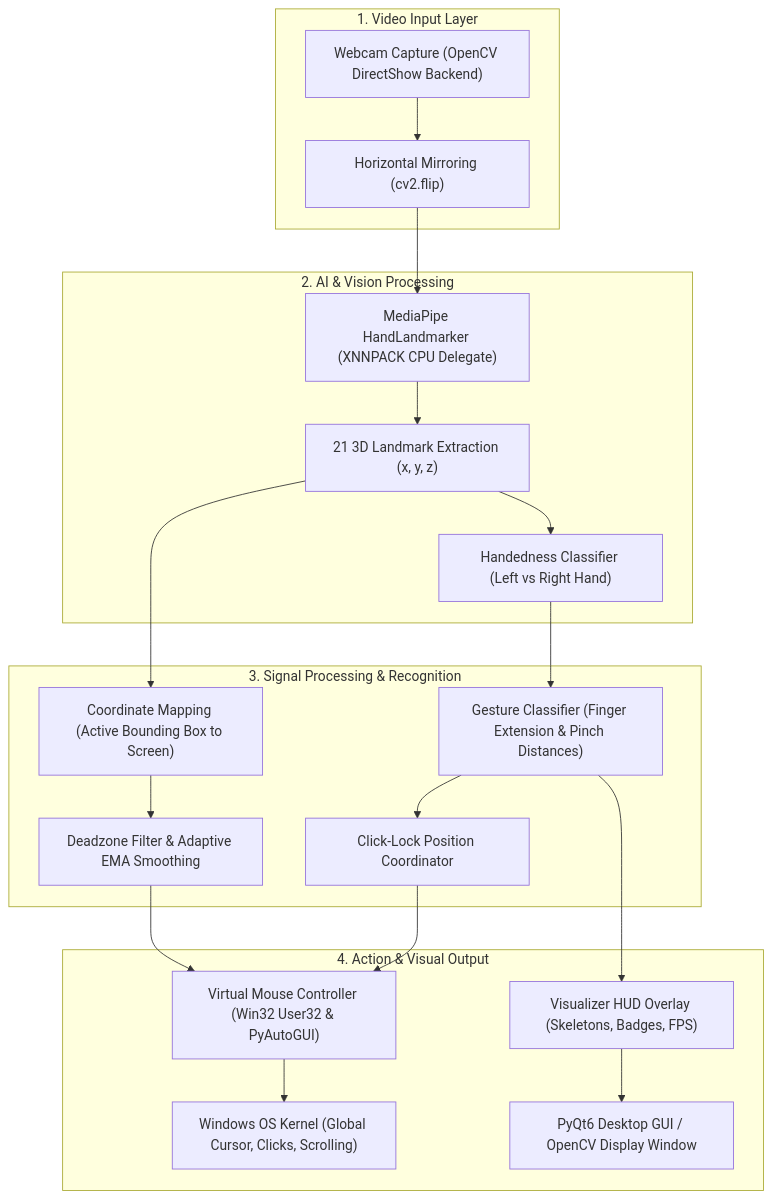
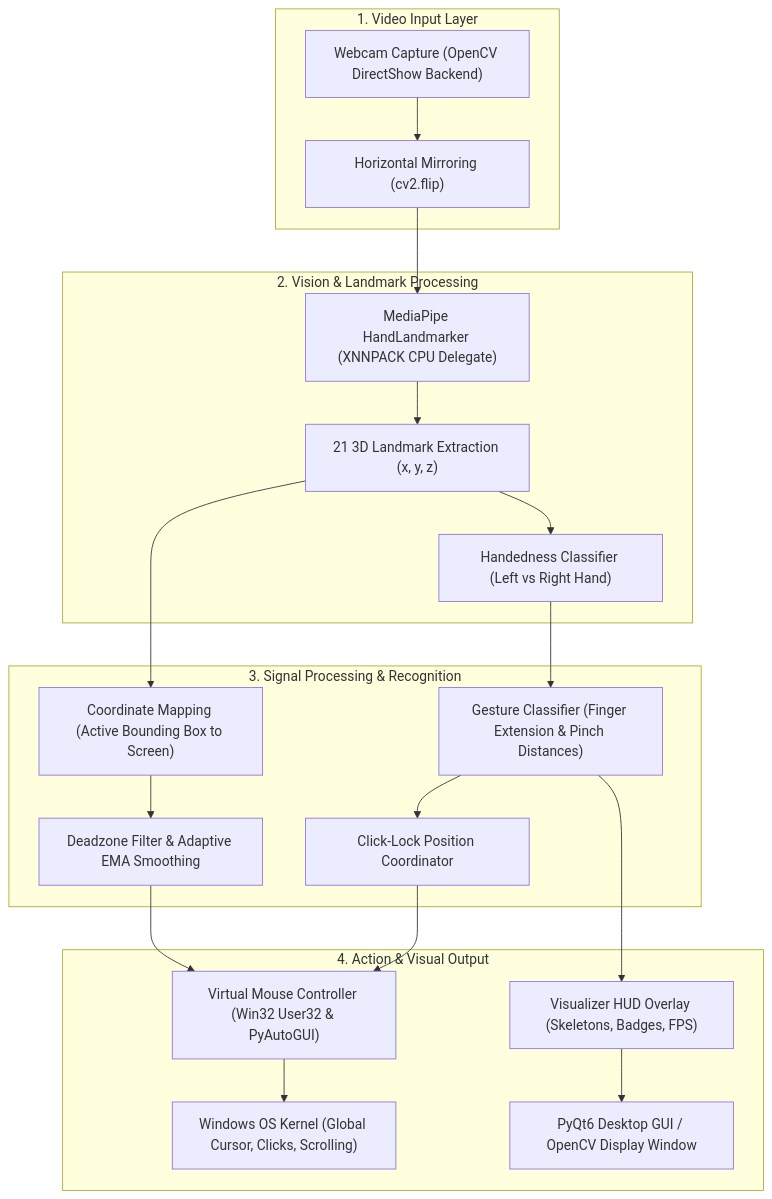
The diagram in README.md (rootnode-rebels/handcursor), drawn with Mermaid before and after one commit. The commit also changed other lines of this file, not shown here.

Commit message:
docs: clean ai naming and polish terminology for client delivery

````diff
--- a/README.md
+++ b/README.md
@@ -81,27 +81,27 @@
 ```mermaid
 flowchart TD
     subgraph Input_Layer ["1. Video Input Layer"]
         A["Webcam Capture (OpenCV DirectShow Backend)"] --> B["Horizontal Mirroring (cv2.flip)"]
     end
 
-    subgraph AI_Layer ["2. AI & Vision Processing"]
+    subgraph Vision_Layer ["2. Vision & Landmark Processing"]
         B --> C["MediaPipe HandLandmarker (XNNPACK CPU Delegate)"]
         C --> D["21 3D Landmark Extraction (x, y, z)"]
         D --> E["Handedness Classifier (Left vs Right Hand)"]
     end
 
     subgraph Processing_Layer ["3. Signal Processing & Recognition"]
         E --> F["Gesture Classifier (Finger Extension & Pinch Distances)"]
         D --> G["Coordinate Mapping (Active Bounding Box to Screen)"]
         G --> H["Deadzone Filter & Adaptive EMA Smoothing"]
         F --> I["Click-Lock Position Coordinator"]
     end
 
     subgraph Execution_Layer ["4. Action & Visual Output"]
         H --> J["Virtual Mouse Controller (Win32 User32 & PyAutoGUI)"]
         I --> J
         J --> K["Windows OS Kernel (Global Cursor, Clicks, Scrolling)"]
         F --> L["Visualizer HUD Overlay (Skeletons, Badges, FPS)"]
         L --> M["PyQt6 Desktop GUI / OpenCV Display Window"]
     end
 ```
````
